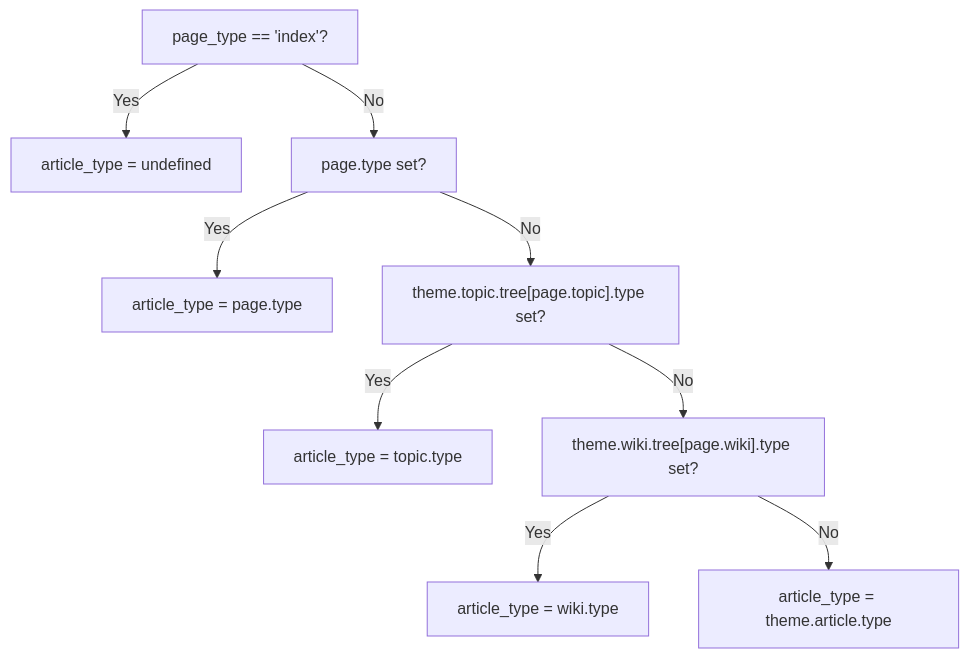
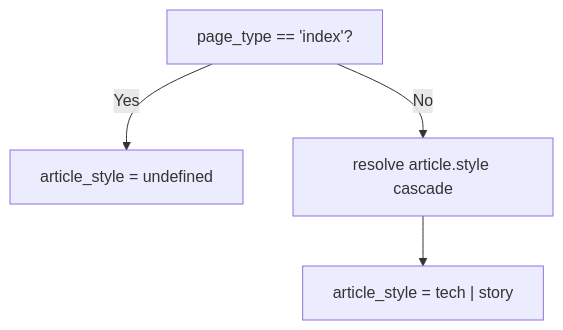
Before and after one commit to xaoxuu/hexo-theme-stellar: the third of 5 diagrams in docs/knowledge/02-布局系统/page-templates-routing.md, drawn with Mermaid. The commit also changed other lines of this file and 861 other files, not shown here.

````diff
--- a/docs/knowledge/02-布局系统/page-templates-routing.md
+++ b/docs/knowledge/02-布局系统/page-templates-routing.md
@@ -123,11 +130,6 @@
 ```mermaid
 flowchart TD
-    A["page_type == 'index'?"] -->|Yes| B["article_type = undefined"]
-    A -->|No| C["page.type set?"]
-    C -->|Yes| D["article_type = page.type"]
-    C -->|No| E["theme.topic.tree[page.topic].type set?"]
-    E -->|Yes| F["article_type = topic.type"]
-    E -->|No| G["theme.wiki.tree[page.wiki].type set?"]
-    G -->|Yes| H["article_type = wiki.type"]
-    G -->|No| I["article_type = theme.article.type"]
+    A["page_type == 'index'?"] -->|Yes| B["article_style = undefined"]
+    A -->|No| C["resolve article.style cascade"]
+    C --> D["article_style = tech | story"]
 ```
````
